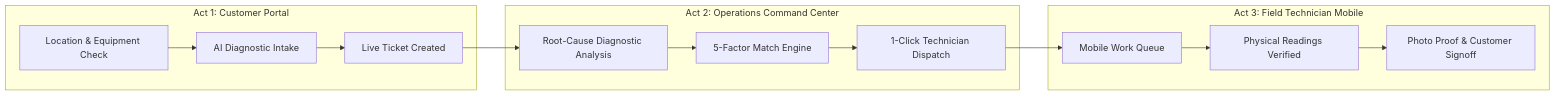
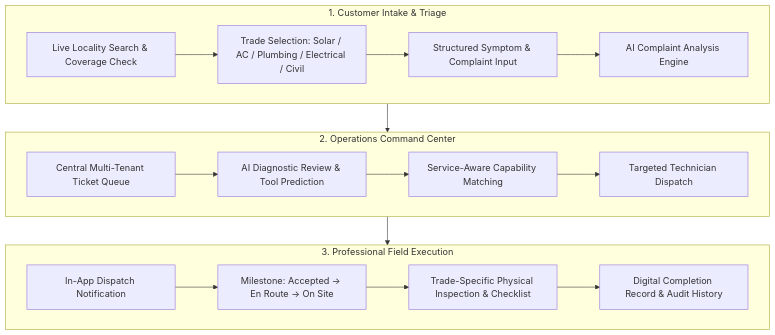
Before and after one commit to faizkhatri196/Blank: the second of 7 diagrams in README.md, drawn with Mermaid. The commit also changed other lines of this file and 28 other files, not shown here.

Commit message:
commit 12: finalize Servora multi-trade platform, startup documentation, FAQ flow, and database verification

````diff
--- a/README.md
+++ b/README.md
@@ -33,17 +72,23 @@
 ```mermaid
-graph LR
-    subgraph Act1["Act 1: Customer Portal"]
-        A["Location & Equipment Check"] --> B["AI Diagnostic Intake"]
-        B --> C["Live Ticket Created"]
+flowchart TD
+    subgraph CustomerPortal["1. Customer Intake & Triage"]
+        CP1["Live Locality Search & Coverage Check"] --> CP2["Trade Selection: Solar / AC / Plumbing / Electrical / Civil"]
+        CP2 --> CP3["Structured Symptom & Complaint Input"]
+        CP3 --> CP4["AI Complaint Analysis Engine"]
     end
-    subgraph Act2["Act 2: Operations Command Center"]
-        C --> D["Root-Cause Diagnostic Analysis"]
-        D --> E["5-Factor Match Engine"]
-        E --> F["1-Click Technician Dispatch"]
+
+    subgraph OperationsHub["2. Operations Command Center"]
+        OH1["Central Multi-Tenant Ticket Queue"] --> OH2["AI Diagnostic Review & Tool Prediction"]
+        OH2 --> OH3["Service-Aware Capability Matching"]
+        OH3 --> OH4["Targeted Technician Dispatch"]
     end
-    subgraph Act3["Act 3: Field Technician Mobile"]
-        F --> G["Mobile Work Queue"]
-        G --> H["Physical Readings Verified"]
-        H --> I["Photo Proof & Customer Signoff"]
+
+    subgraph FieldExecution["3. Professional Field Execution"]
+        FE1["In-App Dispatch Notification"] --> FE2["Milestone: Accepted → En Route → On Site"]
+        FE2 --> FE3["Trade-Specific Physical Inspection & Checklist"]
+        FE3 --> FE4["Digital Completion Record & Audit History"]
     end
+
+    CustomerPortal --> OperationsHub
+    OperationsHub --> FieldExecution
 ```
````
